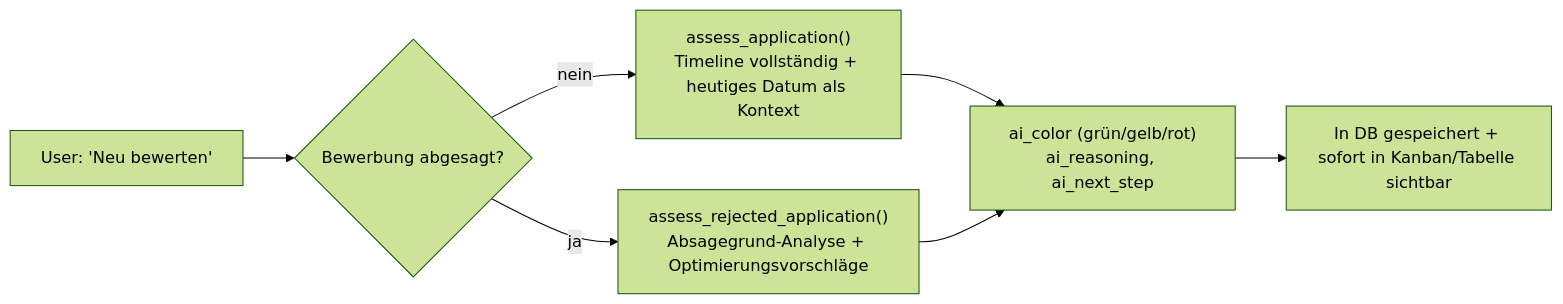
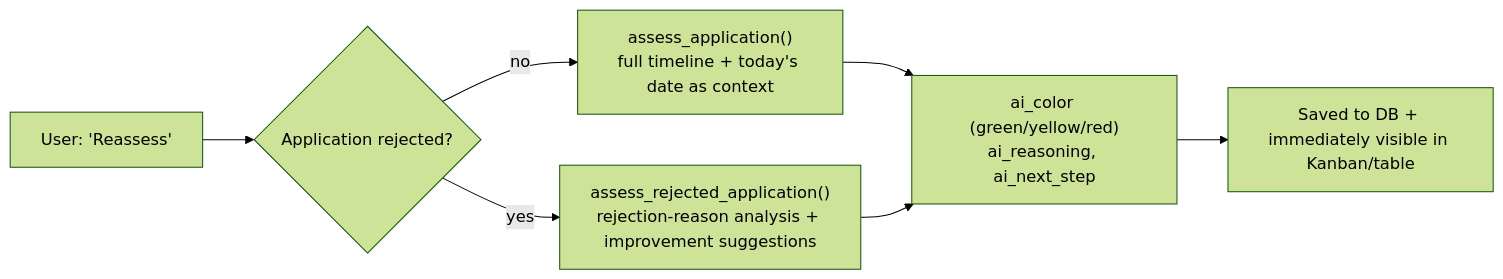
The fifth of 9 diagrams in docs/ARCHITECTURE.md (EGulinsky/rapport), drawn with Mermaid (forest theme) before and after one commit. The commit also changed other lines of this file and 6 other files, not shown here.

````diff
--- a/docs/ARCHITECTURE.md
+++ b/docs/ARCHITECTURE.md
@@ -468,9 +468,9 @@
 ```mermaid
 flowchart LR
-    A[User: 'Neu bewerten'] --> B{Bewerbung abgesagt?}
-    B -- nein --> C["assess_application()<br/>Timeline vollständig + heutiges Datum als Kontext"]
-    B -- ja --> D["assess_rejected_application()<br/>Absagegrund-Analyse + Optimierungsvorschläge"]
-    C --> E["ai_color (grün/gelb/rot)<br/>ai_reasoning, ai_next_step"]
+    A[User: 'Reassess'] --> B{Application rejected?}
+    B -- no --> C["assess_application()<br/>full timeline + today's date as context"]
+    B -- yes --> D["assess_rejected_application()<br/>rejection-reason analysis + improvement suggestions"]
+    C --> E["ai_color (green/yellow/red)<br/>ai_reasoning, ai_next_step"]
     D --> E
-    E --> F[In DB gespeichert + sofort in Kanban/Tabelle sichtbar]
+    E --> F[Saved to DB + immediately visible in Kanban/table]
 ```
````
